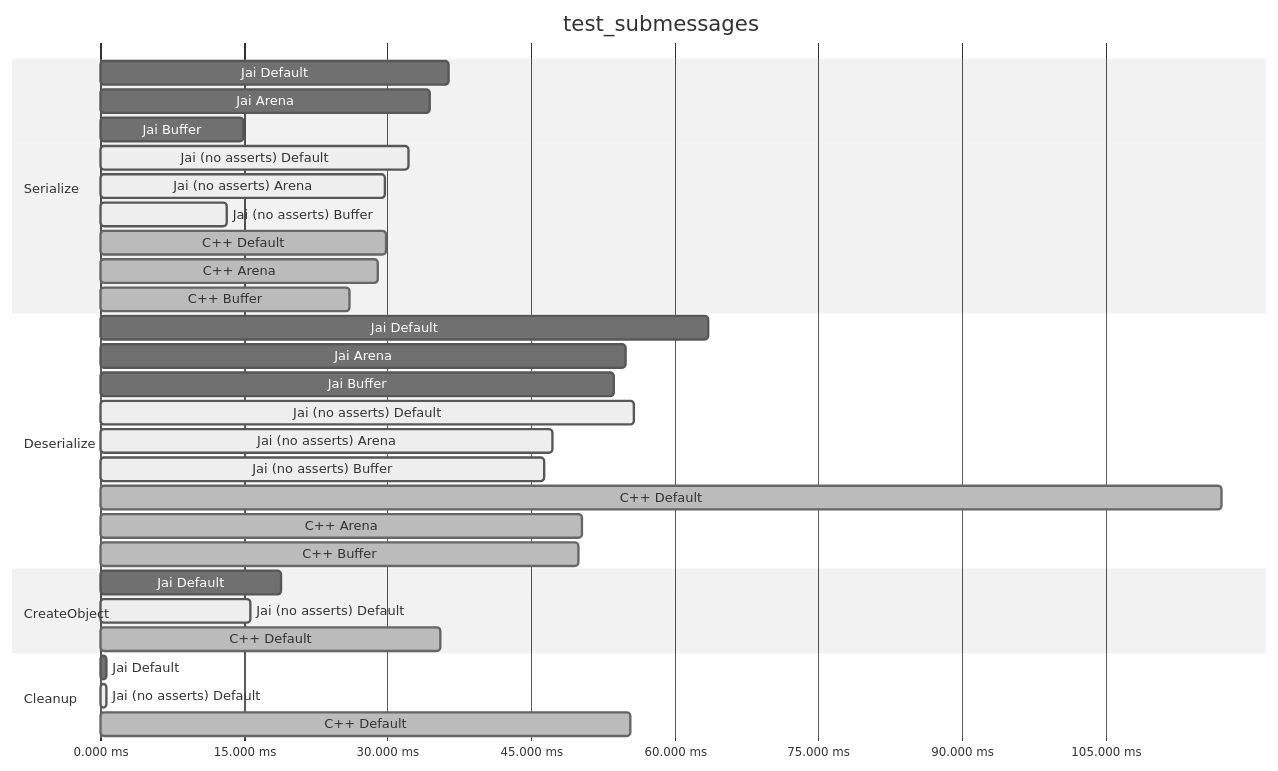
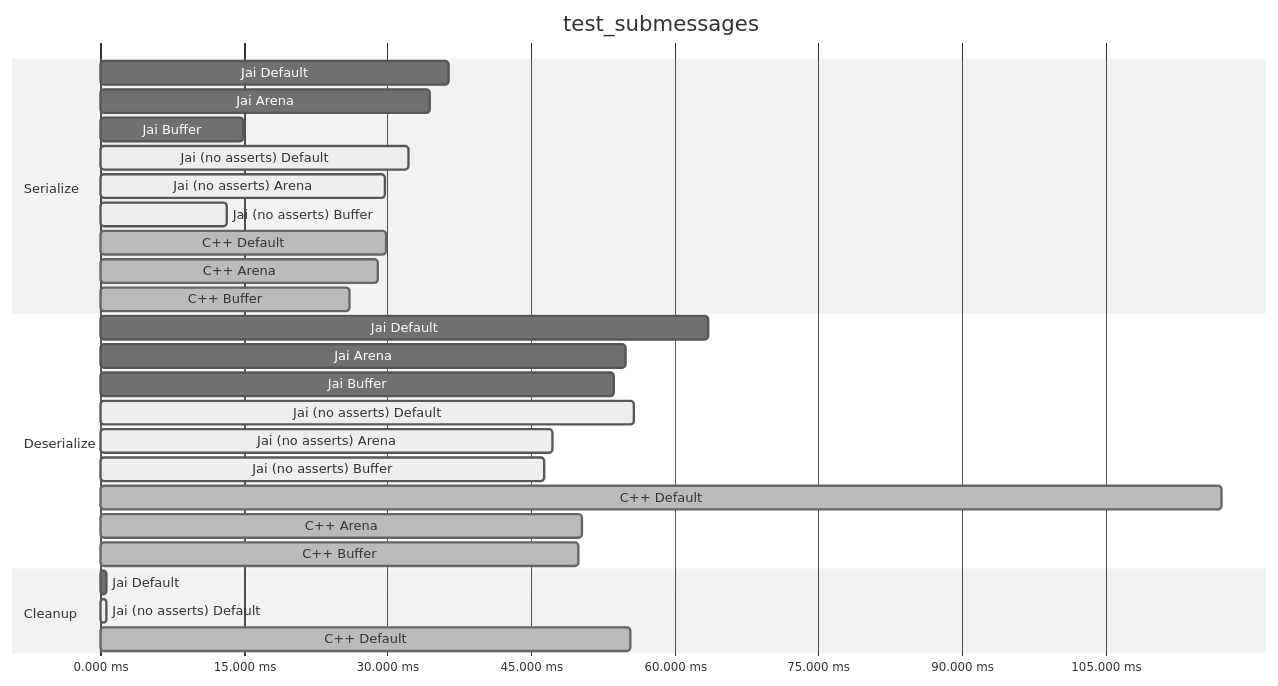
One commit to segcore/jai-protobuf-timings changed the seventh of 7 diagrams in README.md. Above: the diagram before and after it, drawn with Mermaid (neutral theme). The commit also changed other lines of this file and 1 other file, not shown here.

Commit message:
Ignore CreateObject for plots, objects can be created in many ways.

````diff
--- a/README.md
+++ b/README.md
@@ -226,34 +202,30 @@
 ```mermaid
 gantt
     title test_submessages
     dateFormat x
     axisFormat %s.%L ms
     section Serialize
         Jai Default : 0, 36.373355s
         Jai Arena : 0, 34.363119s
         Jai Buffer : 0, 14.979541s
         Jai (no asserts) Default :active, 0, 32.212246s
         Jai (no asserts) Arena :active, 0, 29.674329s
         Jai (no asserts) Buffer :active, 0, 13.191644s
         C++ Default :done, 0, 29.863336s
         C++ Arena :done, 0, 29.001687s
         C++ Buffer :done, 0, 25.992598s
     section Deserialize
         Jai Default : 0, 63.490041s
         Jai Arena : 0, 54.809998s
         Jai Buffer : 0, 53.645662s
         Jai (no asserts) Default :active, 0, 55.736894s
         Jai (no asserts) Arena :active, 0, 47.206382s
         Jai (no asserts) Buffer :active, 0, 46.295267s
         C++ Default :done, 0, 117.123226s
         C++ Arena :done, 0, 50.361708s
         C++ Buffer :done, 0, 49.948575s
-    section CreateObject
-        Jai Default : 0, 18.880748s
-        Jai (no asserts) Default :active, 0, 15.617636s
-        C++ Default :done, 0, 35.486384s
     section Cleanup
         Jai Default : 0, 0.651492s
         Jai (no asserts) Default :active, 0, 0.637524s
         C++ Default :done, 0, 55.361613s
 ```
````
